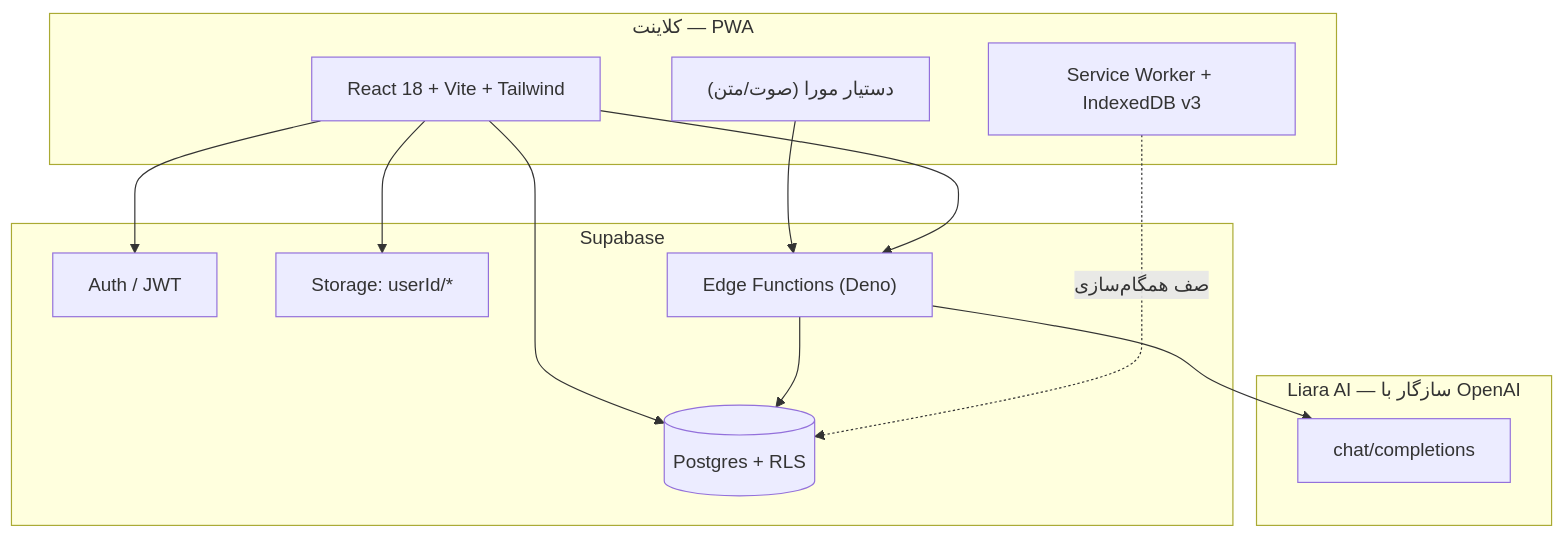
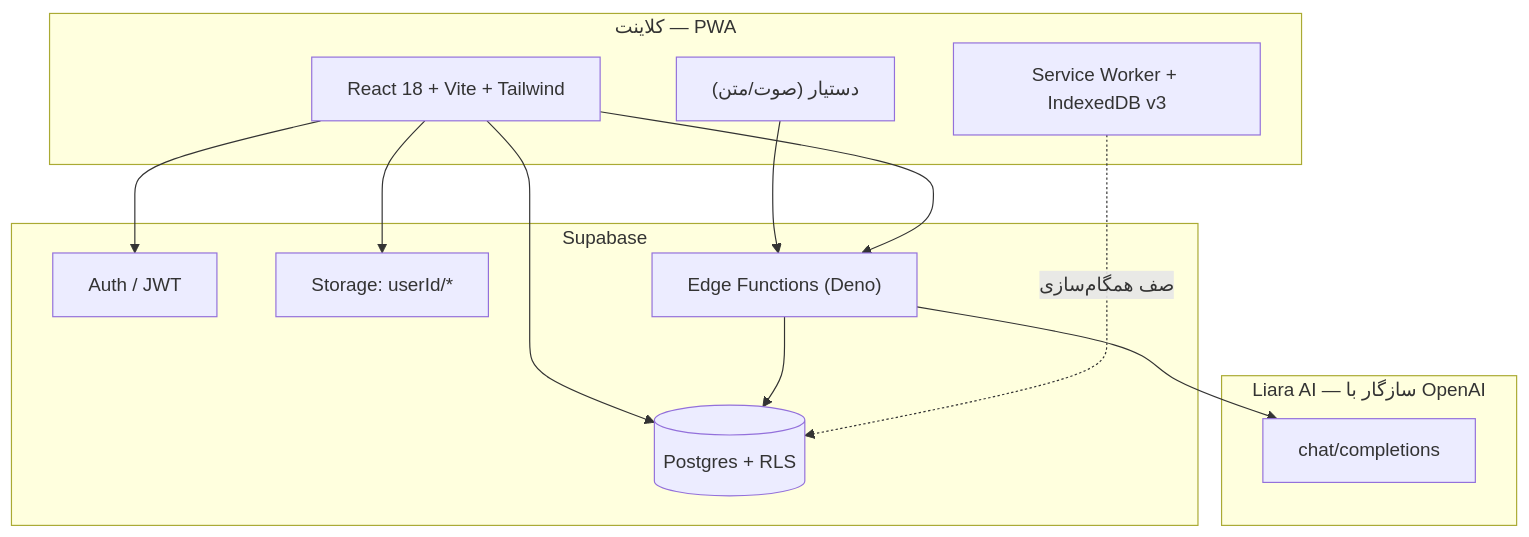
One commit to daneshavaran123-lab/secondbrain changed the first of 7 diagrams in README.md. Above: the diagram before and after it, drawn with Mermaid. The commit also changed other lines of this file and 32 other files, not shown here.

````diff
--- a/README.md
+++ b/README.md
@@ -49,28 +49,28 @@
 ```mermaid
 graph TB
   subgraph Client["کلاینت — PWA"]
     UI["React 18 + Vite + Tailwind"]
     SW["Service Worker + IndexedDB v3"]
-    ASSIST["دستیار مورا (صوت/متن)"]
+    ASSIST["دستیار (صوت/متن)"]
   end
 
   subgraph Supabase["Supabase"]
     AUTH["Auth / JWT"]
     DB[("Postgres + RLS")]
     STORE["Storage: userId/*"]
     EF["Edge Functions (Deno)"]
   end
 
   subgraph AI["Liara AI — سازگار با OpenAI"]
     CHAT["chat/completions"]
   end
 
   UI --> AUTH
   UI --> DB
   UI --> STORE
   ASSIST --> EF
   UI --> EF
   EF --> CHAT
   EF --> DB
   SW -. "صف همگام‌سازی" .-> DB
 ```
````
